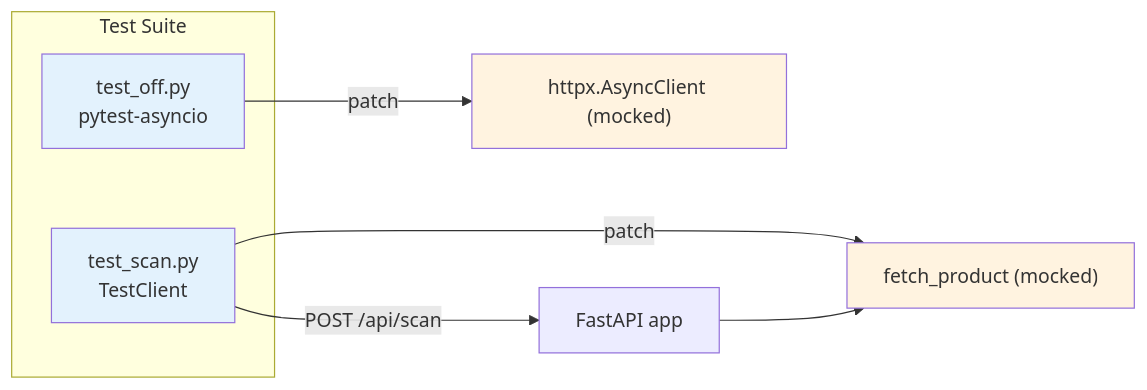
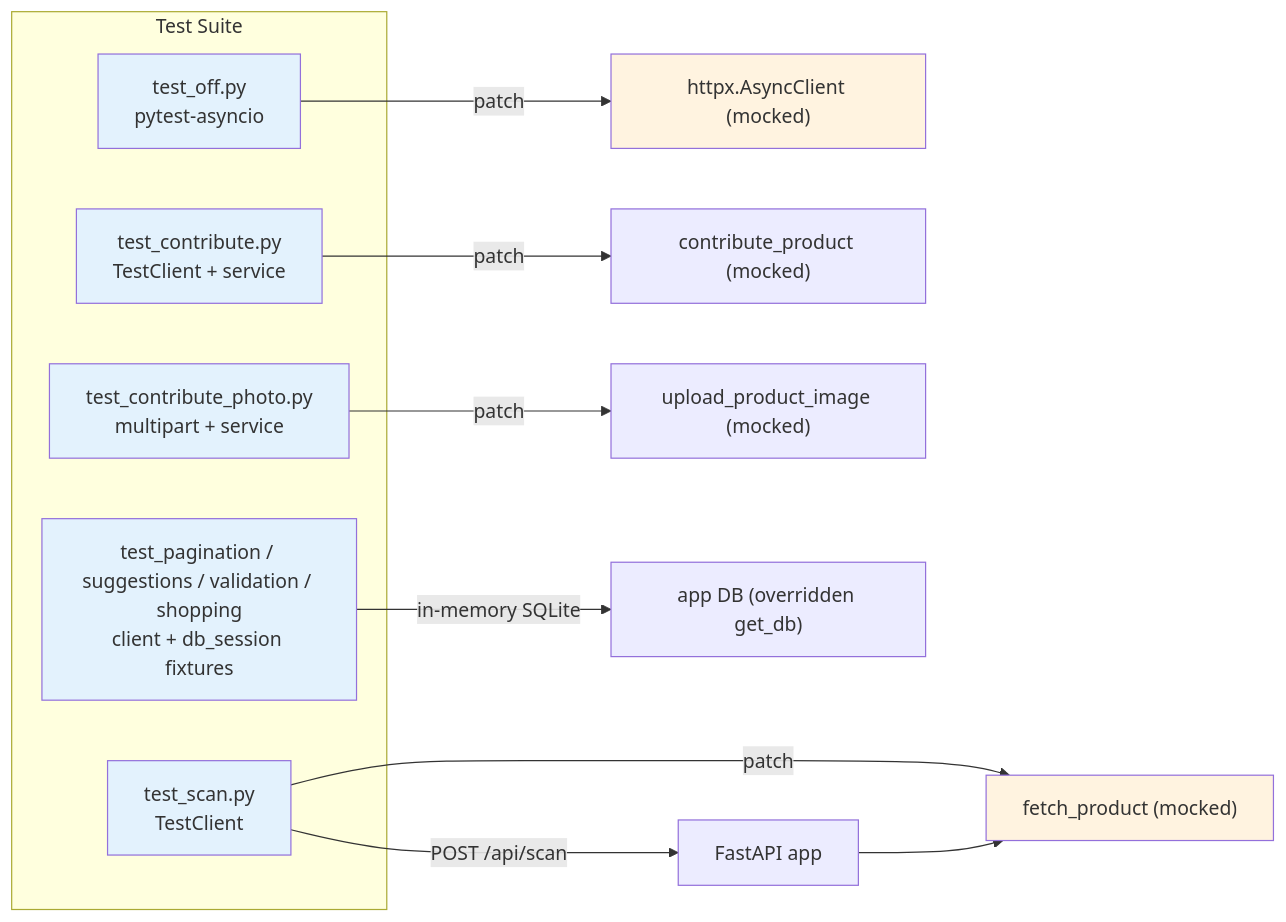
The diagram in wiki/modules/backend-tests.md (lorecanc/dispensapp), drawn with Mermaid before and after one commit. The commit also changed other lines of this file and 55 other files, not shown here.

````diff
--- a/wiki/modules/backend-tests.md
+++ b/wiki/modules/backend-tests.md
@@ -75,17 +183,26 @@
 ```mermaid
 graph LR
     subgraph "Test Suite"
         TestScan["test_scan.py<br/>TestClient"]
         TestOFF["test_off.py<br/>pytest-asyncio"]
+        TestContrib["test_contribute.py<br/>TestClient + service"]
+        TestPhoto["test_contribute_photo.py<br/>multipart + service"]
+        TestPantry["test_pagination / suggestions / validation / shopping<br/>client + db_session fixtures"]
     end
 
     TestScan -->|patch| FetchProduct["fetch_product (mocked)"]
     TestOFF -->|patch| HttpxClient["httpx.AsyncClient (mocked)"]
+    TestContrib -->|patch| ContribSvc["contribute_product (mocked)"]
+    TestPhoto -->|patch| UploadSvc["upload_product_image (mocked)"]
+    TestPantry -->|in-memory SQLite| AppDB["app DB (overridden get_db)"]
     TestScan -->|POST /api/scan| App["FastAPI app"]
     App --> FetchProduct
 
     style TestScan fill:#e3f2fd
     style TestOFF fill:#e3f2fd
+    style TestContrib fill:#e3f2fd
+    style TestPhoto fill:#e3f2fd
+    style TestPantry fill:#e3f2fd
     style FetchProduct fill:#fff3e0
     style HttpxClient fill:#fff3e0
 ```
````
